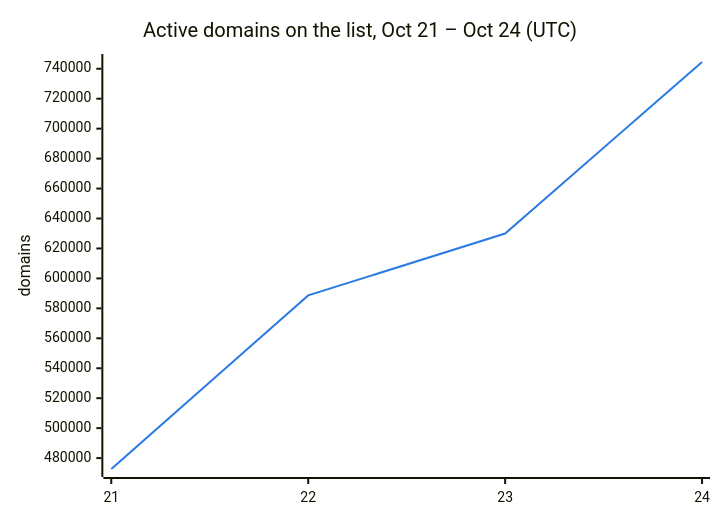
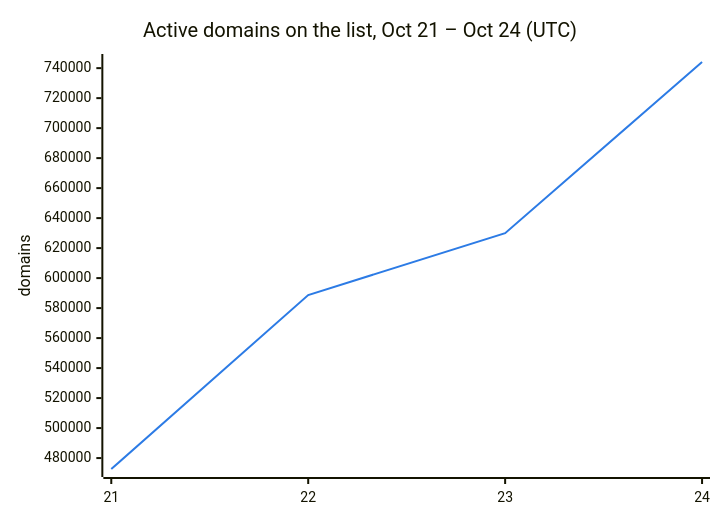
Before and after one commit to DNSBunker/CTI: the second of 3 diagrams in README.md, drawn with Mermaid. The commit also changed other lines of this file and 3 other files, not shown here.

````diff
--- a/README.md
+++ b/README.md
@@ -38,8 +38,8 @@
 ```mermaid
 %%{init: {"themeVariables": {"xyChart": {"plotColorPalette": "#2c7be5"}}}}%%
 xychart-beta
     title "Active domains on the list, Oct 21 – Oct 24 (UTC)"
     x-axis ["21", "22", "23", "24"]
     y-axis "domains"
-    line [472713, 588659, 629951, 744517]
+    line [472713, 588659, 629951, 744095]
 ```
````
